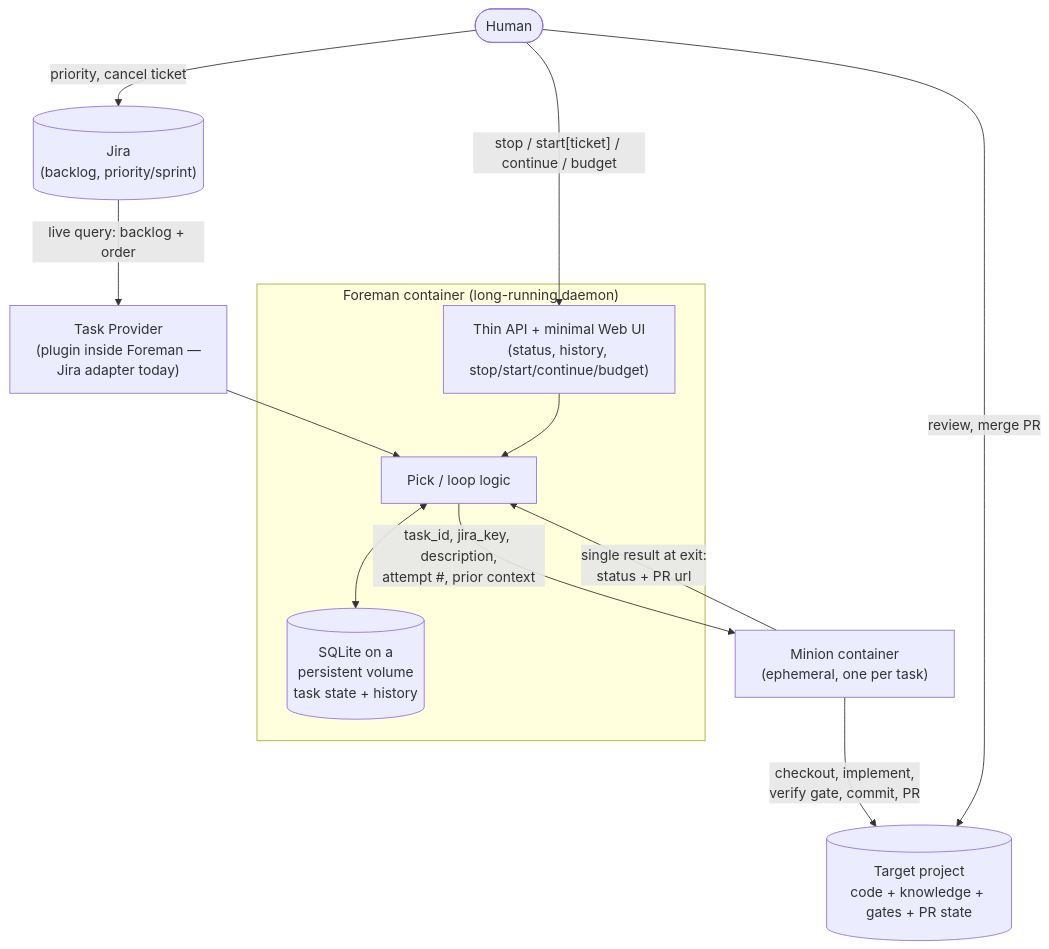
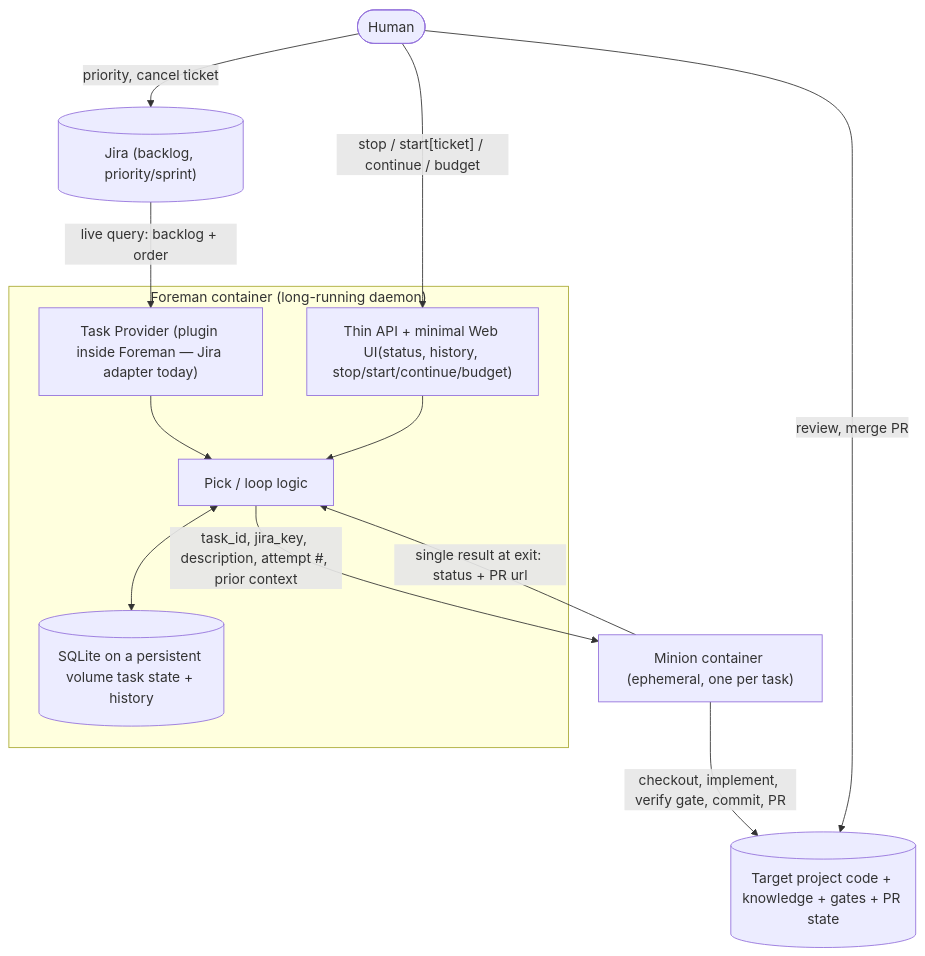
The diagram in docs/architecture.md (andrewmolyuk/instrumenta), drawn with Mermaid before and after one commit. The commit also changed other lines of this file and 2 other files, not shown here.

Commit message:
docs: add domain glossary to CONTEXT.md, align architecture.md and the consistency-check skill
CONTEXT.md was empty; fills it in with the canonical terms ADRs and
architecture.md already use (Foreman, Minion, Task Provider, Target project,
task-lifecycle states, human control surface). architecture.md gets a small
wording fix so its GitHub-backstop description matches ADR-001's actual
combination rule, plus a diagram cleanup. The docs-consistency-check skill now
also reads CONTEXT.md's glossary when cross-checking terms.

````diff
--- a/docs/architecture.md
+++ b/docs/architecture.md
@@ -10,26 +10,26 @@
 ```mermaid
 flowchart TD
-    Jira[("Jira\n(backlog, priority/sprint)")]
-    TP["Task Provider\n(plugin inside Foreman —\nJira adapter today)"]
+    Jira[("Jira (backlog, priority/sprint)")]
     Human(["Human"])
 
     subgraph Foreman["Foreman container (long-running daemon)"]
+        TP["Task Provider (plugin inside Foreman — Jira adapter today)"]
         Pick["Pick / loop logic"]
-        DB[("SQLite on a\npersistent volume\ntask state + history")]
-        API["Thin API + minimal Web UI\n(status, history, stop/start/continue/budget)"]
+        DB[("SQLite on a persistent volume task state + history")]
+        API["Thin API + minimal Web UI(status, history, stop/start/continue/budget)"]
     end
 
-    Minion["Minion container\n(ephemeral, one per task)"]
-    Target[("Target project\ncode + knowledge + gates + PR state")]
+    Minion["Minion container (ephemeral, one per task)"]
+    Target[("Target project code + knowledge + gates + PR state")]
 
     Jira -- "live query: backlog + order" --> TP
     TP --> Pick
     Pick <--> DB
     Human -- "stop / start[ticket] / continue / budget" --> API
     API --> Pick
-    Pick -- "task_id, jira_key, description,\nattempt #, prior context" --> Minion
-    Minion -- "checkout, implement,\nverify gate, commit, PR" --> Target
-    Minion -- "single result at exit:\nstatus + PR url" --> Pick
+    Pick -- "task_id, jira_key, description, attempt #, prior context" --> Minion
+    Minion -- "checkout, implement, verify gate, commit, PR" --> Target
+    Minion -- "single result at exit: status + PR url" --> Pick
     Human -- "priority, cancel ticket" --> Jira
     Human -- "review, merge PR" --> Target
 ```
````
